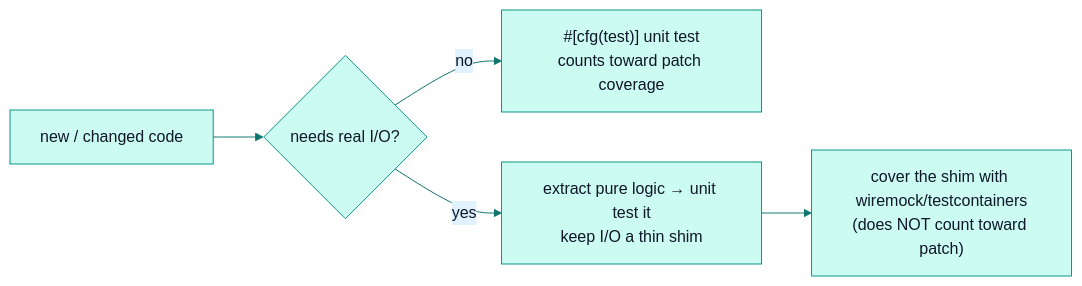
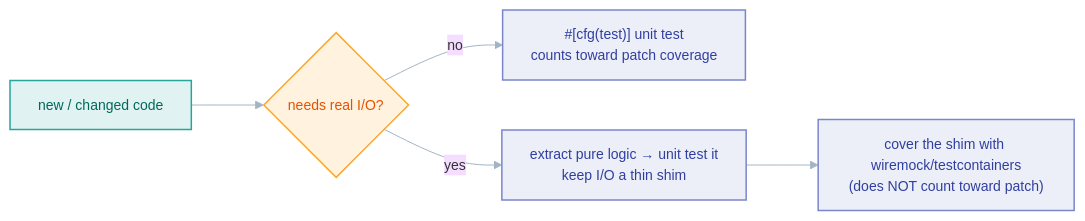
The diagram in docs/contributing/testing.md (PawanSikawat/faucet-stream), drawn with Mermaid before and after one commit. The commit also changed 28 other files, not shown here.

First line of the commit message:
docs: upgrade Mermaid diagrams to V2 role-coded style

````diff
--- a/docs/contributing/testing.md
+++ b/docs/contributing/testing.md
@@ -32,8 +32,14 @@
 ```mermaid
-%%{init: {'theme':'base','themeVariables':{'primaryColor':'#ccfbf1','primaryTextColor':'#0f172a','primaryBorderColor':'#0d9488','lineColor':'#0f766e','secondaryColor':'#e0f2fe','tertiaryColor':'#f0fdfa','fontFamily':'-apple-system,BlinkMacSystemFont,Segoe UI,sans-serif'}}}%%
+%%{init: {'theme':'base','flowchart':{'curve':'basis','nodeSpacing':50,'rankSpacing':72,'padding':14},'themeVariables':{'fontFamily':'-apple-system,BlinkMacSystemFont,Segoe UI,sans-serif','fontSize':'14px','lineColor':'#a5b4c4','clusterBkg':'#f8fafc','clusterBorder':'#e2e8f0'}}}%%
 flowchart LR
     A["new / changed code"] --> B{needs real I/O?}
     B -- no --> C["#[cfg(test)] unit test<br/>counts toward patch coverage"]
     B -- yes --> D["extract pure logic → unit test it<br/>keep I/O a thin shim"]
     D --> E["cover the shim with wiremock/testcontainers<br/>(does NOT count toward patch)"]
+    classDef src fill:#e0f2f1,stroke:#26a69a,stroke-width:1.5px,color:#00695c
+    classDef proc fill:#eceff8,stroke:#7986cb,stroke-width:1.5px,color:#303f9f
+    classDef dec fill:#fff3e0,stroke:#ffa726,stroke-width:1.5px,color:#e65100
+    class A src
+    class C,D,E proc
+    class B dec
 ```
````
